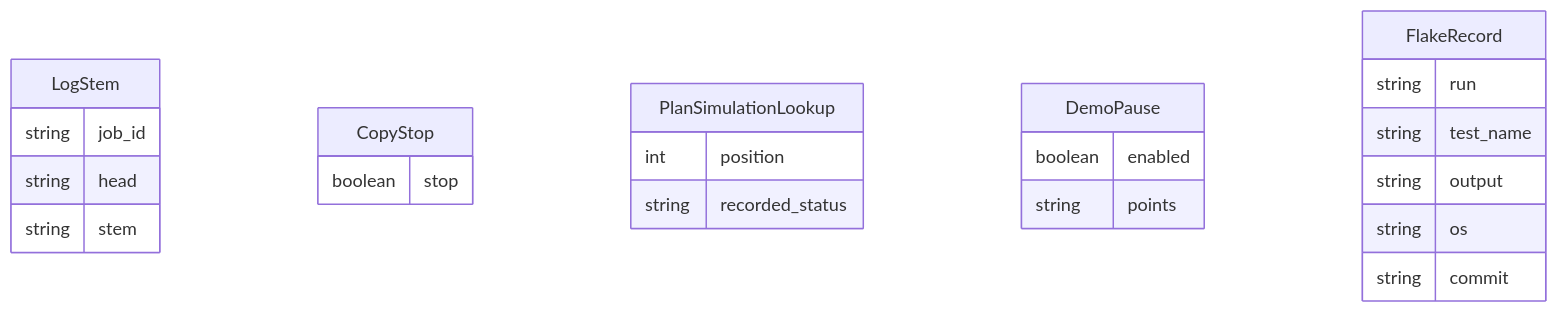
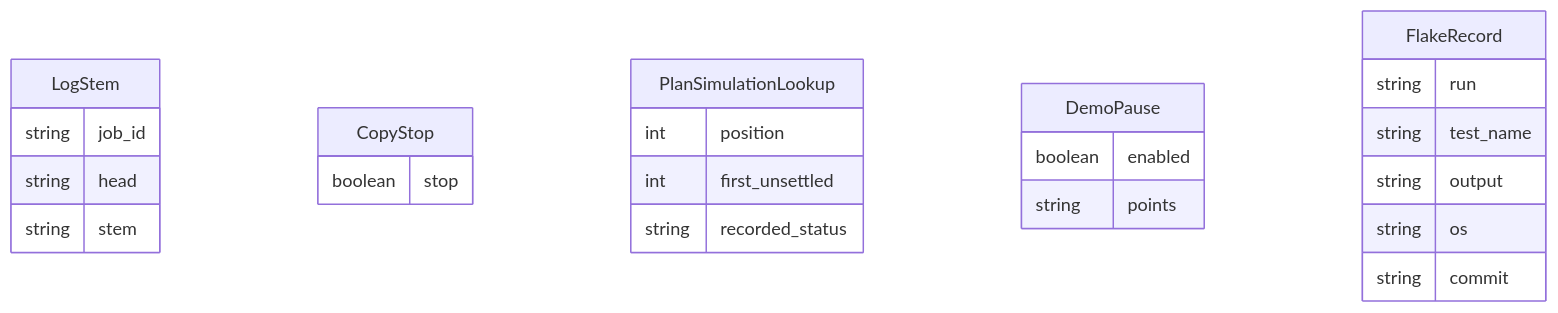
Before and after one commit to agwlvssainokuni/rust-job-conductor: the second of 2 diagrams in aidlc/spaces/default/intents/261126-v0101-followups/construction/functional-design/functional-spec.md, drawn with Mermaid. The commit also changed other lines of this file and 6 other files, not shown here.

````diff
--- a/aidlc/spaces/default/intents/261126-v0101-followups/construction/functional-design/functional-spec.md
+++ b/aidlc/spaces/default/intents/261126-v0101-followups/construction/functional-design/functional-spec.md
@@ -110,26 +113,27 @@
 ```mermaid
 erDiagram
   LogStem {
     string job_id
     string head
     string stem
   }
   CopyStop {
     boolean stop
   }
   PlanSimulationLookup {
     int position
+    int first_unsettled
     string recorded_status
   }
   DemoPause {
     boolean enabled
     string points
   }
   FlakeRecord {
     string run
     string test_name
     string output
     string os
     string commit
   }
 ```
````
